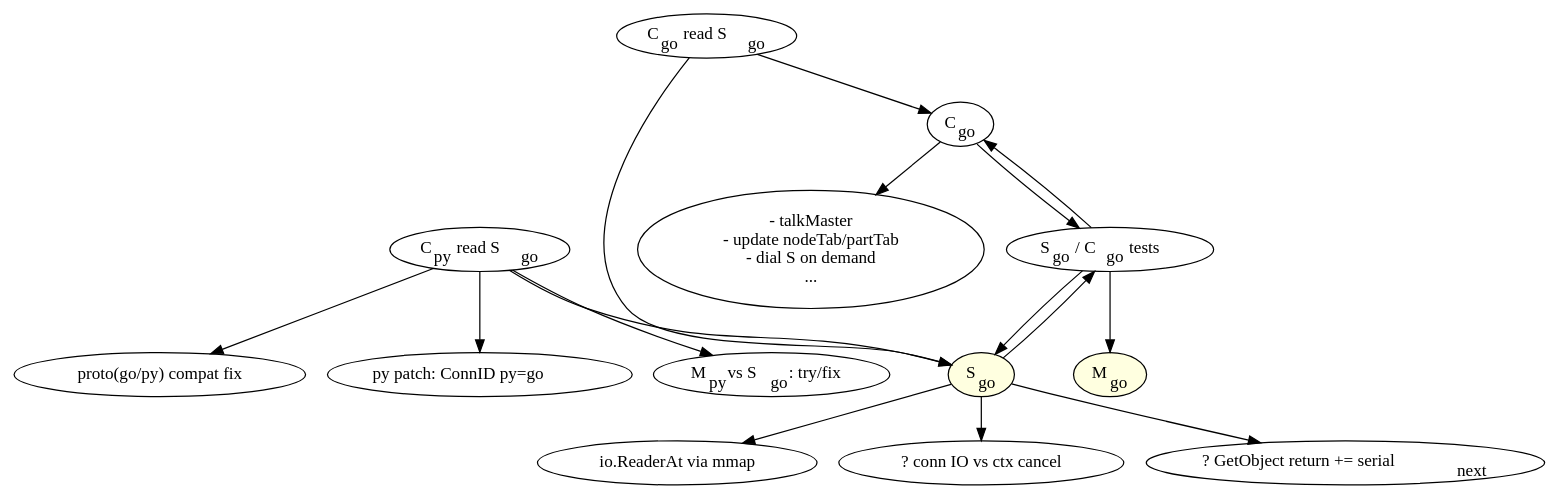
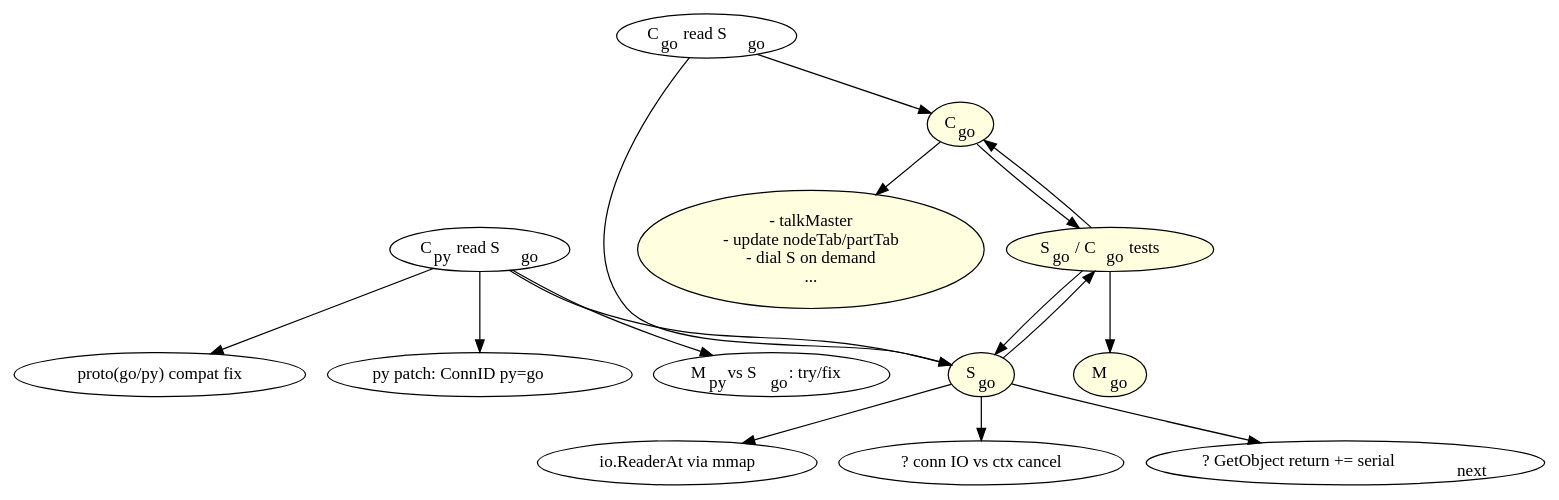
One commit to Nexedi/neoppod changed the diagram in go/todo.dot. Above: the diagram before and after it, drawn with Graphviz. The commit also changed 1 other file, not shown here.

```diff
--- a/go/todo.dot
+++ b/go/todo.dot
@@ -1,38 +1,38 @@
 digraph {
 	Cgo -> SCgo_t;
 	Sgo -> SCgo_t;
 
 	SCgo_t -> Mgo;
 	SCgo_t -> Sgo;
 	SCgo_t -> Cgo;
 
 	Sgo -> Mmap_go;
 	Sgo -> io_cancel;
 	Sgo -> load_serial_next;
 
 	Cgo -> Cgo_tasks;
 
 	Cpy_r_Sgo -> Sgo;
 	Cpy_r_Sgo -> Protog_fix;
 	Cpy_r_Sgo -> Cpy_patch;
 	Cpy_r_Sgo -> Mpy_vs_Sgo;
 
 	Cgo_r_Sgo -> Cgo;
 	Cgo_r_Sgo -> Sgo;		
 
-	Cgo		[label=<C<sub>go</sub>>];
+	Cgo		[label=<C<sub>go</sub>> style=filled fillcolor=lightyellow];
 	Sgo		[label=<S<sub>go</sub>> style=filled fillcolor=lightyellow];
 	Mgo		[label=<M<sub>go</sub>> style=filled fillcolor=lightyellow];
-	SCgo_t		[label=<S<sub>go</sub>  / C<sub>go</sub>  tests>];
+	SCgo_t		[label=<S<sub>go</sub>  / C<sub>go</sub>  tests> style=filled fillcolor=lightyellow];
 	Cpy_r_Sgo	[label=<C<sub>py</sub>  read S<sub>go</sub>>];
 	Cgo_r_Sgo	[label=<C<sub>go</sub>  read S<sub>go</sub>>];
 	Cpy_patch	[label=<py patch: ConnID py=go>];	// C<sub>py</sub>  patch for ConnID interop. with S<sub>go</sub>>];
 	Mmap_go		[label="io.ReaderAt via mmap"];
 	Protog_fix	[label="proto(go/py) compat fix"];
 	Mpy_vs_Sgo	[label=<M<sub>py</sub> vs S<sub>go</sub>: try/fix>];
 
 	io_cancel		[label="? conn IO vs ctx cancel"];
 	load_serial_next	[label=<? GetObject return += serial<sub>next</sub>>];
 
-	Cgo_tasks	[label="- talkMaster\n- update nodeTab/partTab\n- dial S on demand\n..."];
+	Cgo_tasks	[label="- talkMaster\n- update nodeTab/partTab\n- dial S on demand\n..." style=filled fillcolor=lightyellow];
 }
```
